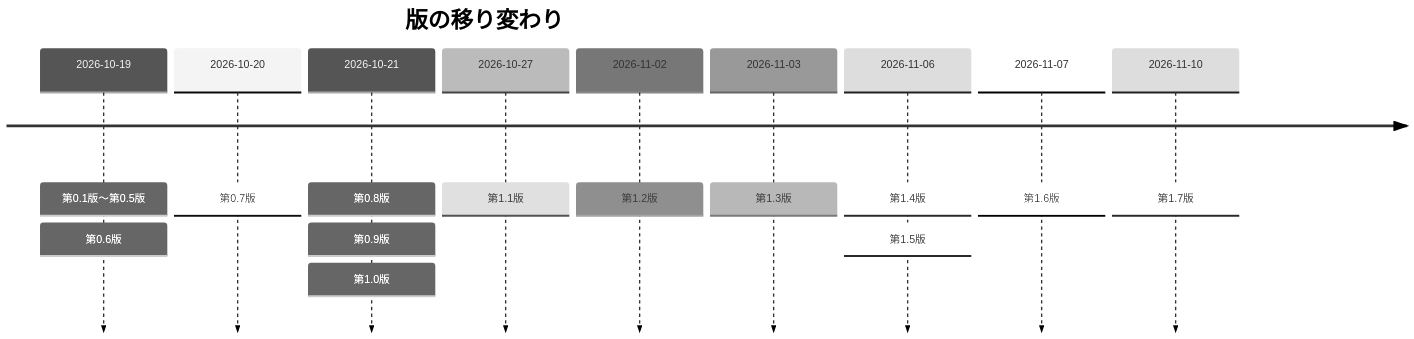
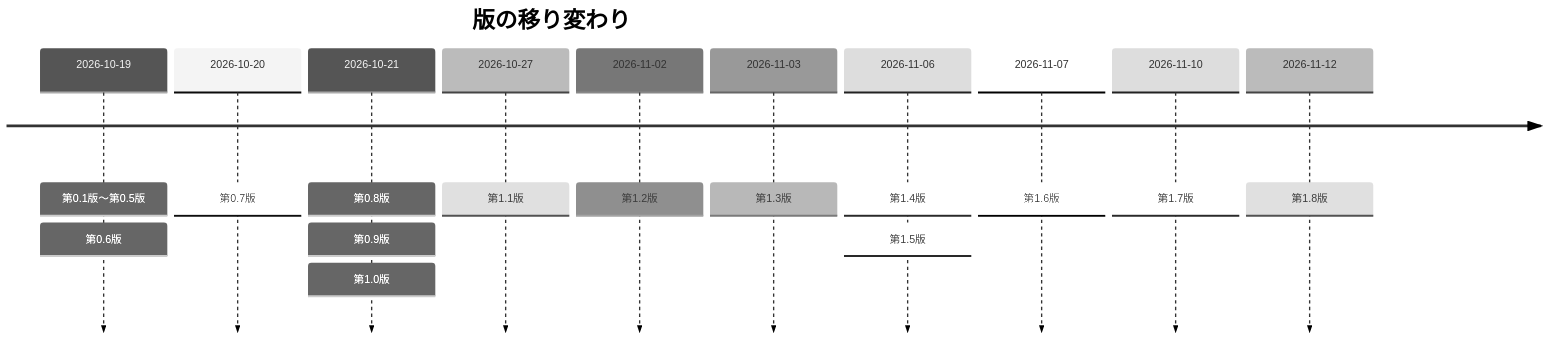
One commit to pocarialice/rpglearning changed diagram 18 of 18 in documents/外部設計書_RPG学習アプリ.md. Above: the diagram before and after it, drawn with Mermaid (neutral theme). The commit also changed other lines of this file and 11 other files, not shown here.

````diff
--- a/documents/外部設計書_RPG学習アプリ.md
+++ b/documents/外部設計書_RPG学習アプリ.md
@@ -1461,13 +1461,14 @@
 ```mermaid
 timeline
   title 版の移り変わり
   2026-10-19 : 第0.1版〜第0.5版 : 第0.6版
   2026-10-20 : 第0.7版
   2026-10-21 : 第0.8版 : 第0.9版 : 第1.0版
   2026-10-27 : 第1.1版
   2026-11-02 : 第1.2版
   2026-11-03 : 第1.3版
   2026-11-06 : 第1.4版 : 第1.5版
   2026-11-07 : 第1.6版
   2026-11-10 : 第1.7版
+  2026-11-12 : 第1.8版
 ```
````
